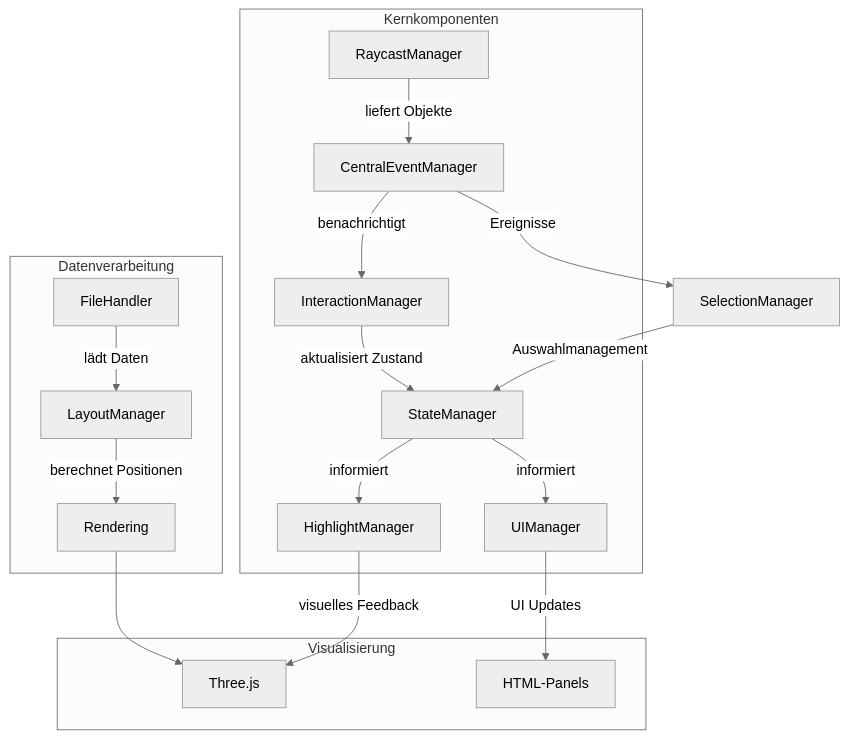
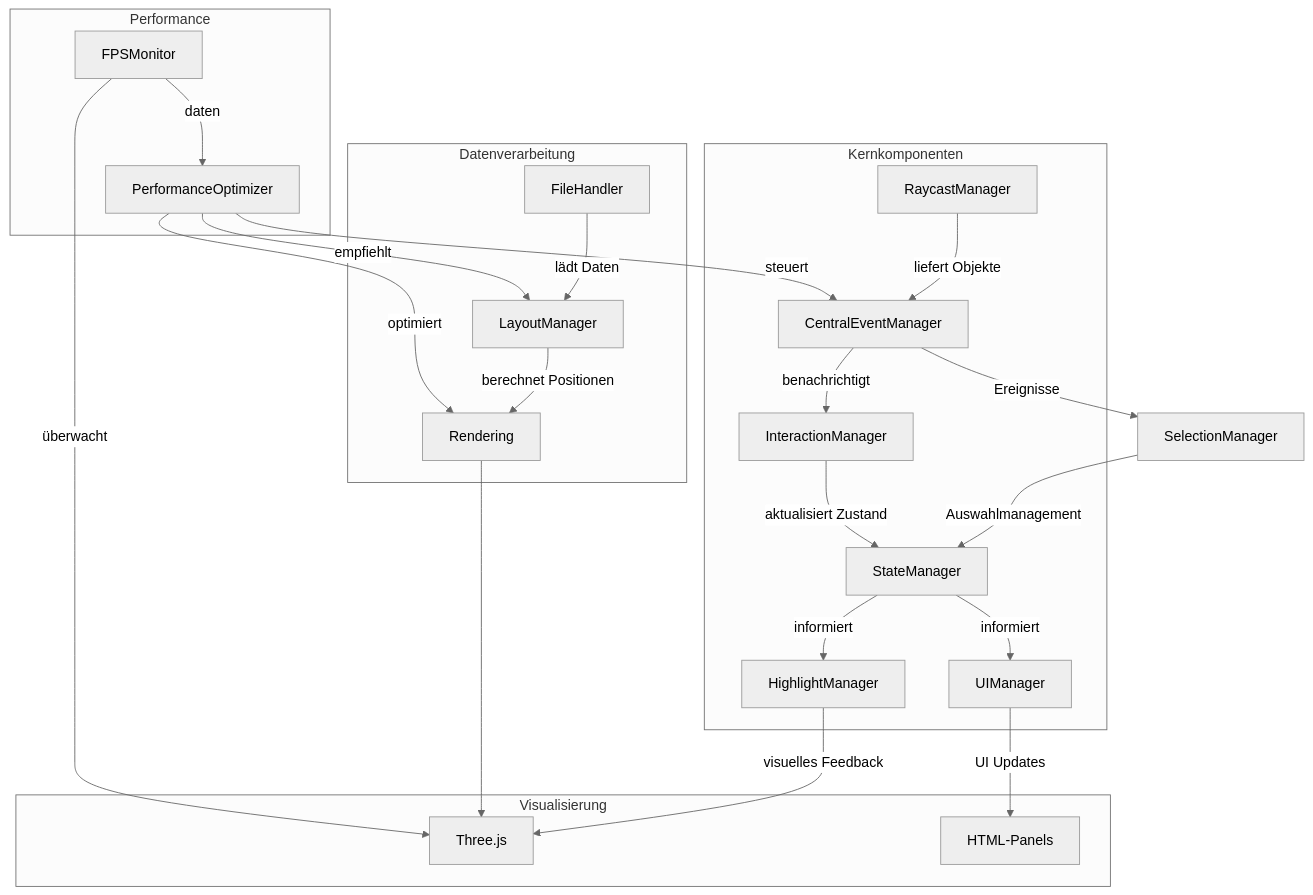
One commit to Banixx/Nodges changed the diagram in doc/diagrams/bericht/komponentendiagramm.mermaid. Above: the diagram before and after it, drawn with Mermaid (neutral theme). The commit also changed 304 other files, not shown here.

```diff
--- a/doc/diagrams/bericht/komponentendiagramm.mermaid
+++ b/doc/diagrams/bericht/komponentendiagramm.mermaid
@@ -1,22 +1,30 @@
 flowchart TB
     subgraph Kernkomponenten
         A[CentralEventManager] -->|benachrichtigt| B[InteractionManager]
         B -->|aktualisiert Zustand| C[StateManager]
         C -->|informiert| D[HighlightManager]
         C -->|informiert| E[UIManager]
         F[RaycastManager] -->|liefert Objekte| A
     end
 
     subgraph Datenverarbeitung
         G[FileHandler] -->|lädt Daten| H[LayoutManager]
         H -->|berechnet Positionen| I[Rendering]
     end
 
     subgraph Visualisierung
         I --> J[Three.js]
         D -->|visuelles Feedback| J
         E -->|UI Updates| K[HTML-Panels]
     end
 
-    A -->|Ereignisse| L[SelectionManager]
-    L -->|Auswahlmanagement| C
+    subgraph Performance
+        M[FPSMonitor] -->|überwacht| J
+        M -->|daten| N[PerformanceOptimizer]
+        N -->|optimiert| I
+        N -->|empfiehlt| H
+        N -->|steuert| A
+    end
+
+    A -->|Ereignisse| O[SelectionManager]
+    O -->|Auswahlmanagement| C
```
